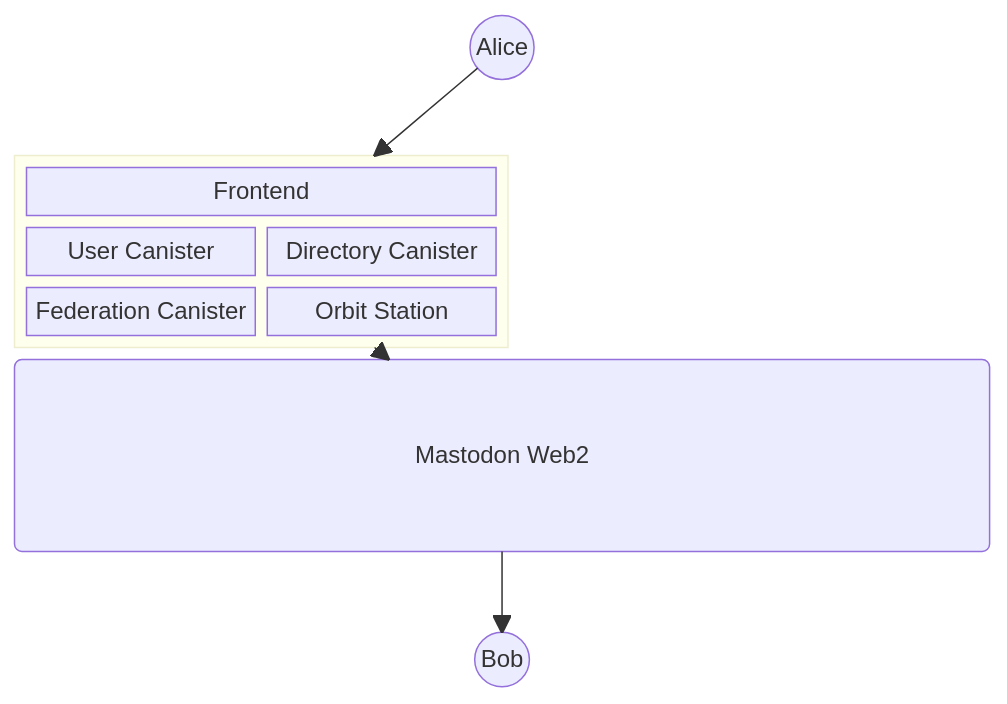
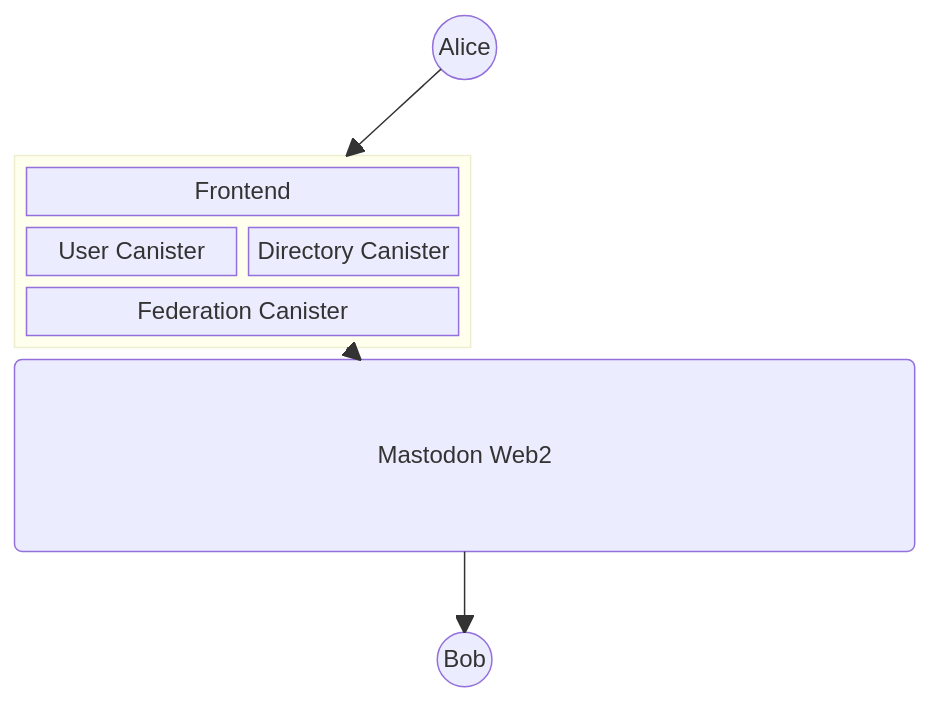
The first of 15 diagrams in docs/architecture/README.md (veeso/mastic), drawn with Mermaid before and after one commit. The commit also changed other lines of this file and 5 other files, not shown here.

````diff
--- a/docs/architecture/README.md
+++ b/docs/architecture/README.md
@@ -24,25 +27,24 @@
 ```mermaid
 block-beta
     columns 2
     Alice (("Alice")):2
 
     block:mastic
         columns 2
           fe["Frontend"]:2
           uc["User Canister"]
           dir["Directory Canister"]
-          fed["Federation Canister"]
-          os["Orbit Station"]
+          fed["Federation Canister"]:2
     end
 
-    space 
+    space
 
     mastodon("Mastodon Web2"):2
 
     Bob(("Bob")):2
 
     Alice --> mastic
     mastic --> mastodon
     mastodon --> Bob
 
 ```
````
